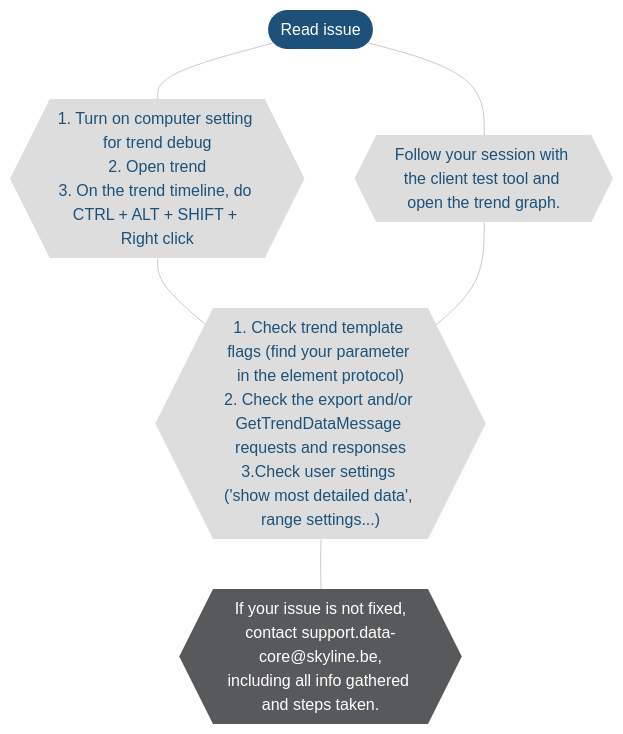
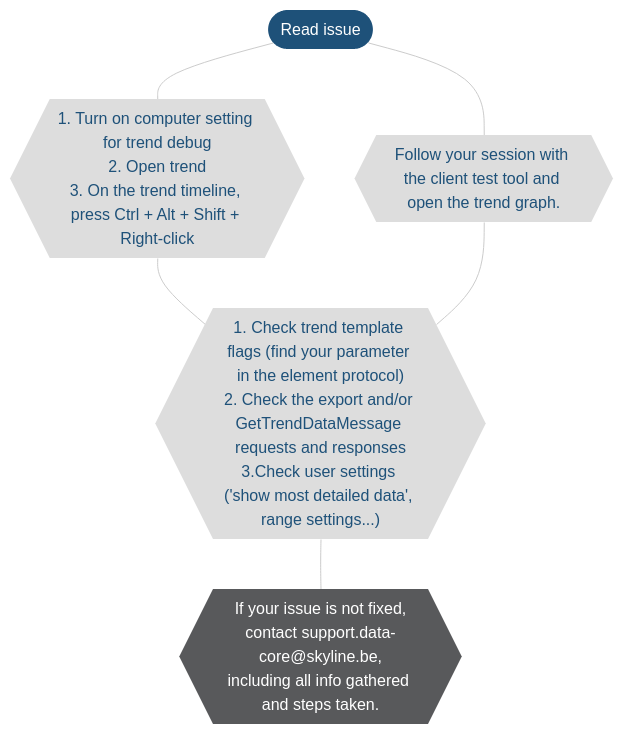
One commit to SkylineCommunications/dataminer-docs changed the second of 3 diagrams in user-guide/Troubleshooting/Troubleshooting_Flowcharts/Troubleshooting_Trending.md. Above: the diagram before and after it, drawn with Mermaid. The commit also changed 56 other files, not shown here.

````diff
--- a/user-guide/Troubleshooting/Troubleshooting_Flowcharts/Troubleshooting_Trending.md
+++ b/user-guide/Troubleshooting/Troubleshooting_Flowcharts/Troubleshooting_Trending.md
@@ -60,31 +60,31 @@
 ```mermaid
 flowchart TD
 %% Define styles %%
 linkStyle default stroke:#cccccc
 classDef classTerminal fill:#1e5179,stroke:#1e5179,color:#ffffff,stroke-width:0px;
 classDef classDecision fill:#4baeea,stroke:#4baeea,color:#ffffff,stroke-width:0px;
 classDef classExternalRef fill:#9ddaf5,stroke:#9ddaf5,color:#1E5179,stroke-width:0px;
 classDef classActionClickable fill:#999999,stroke:#999999,color:#ffffff,stroke-width:0px;
 classDef classAction fill:#dddddd,stroke:#dddddd,color:#1E5179,stroke-width:0px;
 classDef classSolution fill:#58595b,stroke:#58595b,color:#ffffff,stroke-width:0px;
 %% Define blocks %%
 ReadIssue([Read issue])
 FollowCTT{{Follow your session with the client test tool and open the trend graph.}}
-ClientExport{{1. Turn on computer setting for trend debug\n2. Open trend\n3. On the trend timeline, do CTRL + ALT + SHIFT + Right click}}
+ClientExport{{1. Turn on computer setting for trend debug\n2. Open trend\n3. On the trend timeline, press Ctrl + Alt + Shift + Right-click}}
 ReadIssueChecks{{"1. Check trend template flags (find your parameter in the element protocol)\n2. Check the export and/or GetTrendDataMessage requests and responses\n3.Check user settings ('show most detailed data', range settings...)"}}
 NotFixed{{"If your issue is not fixed,\ncontact support.data-core@skyline.be,\nincluding all info gathered and steps taken."}}
 %% Connect blocks %%
 ReadIssue --- FollowCTT
 ReadIssue --- ClientExport
 ClientExport --- ReadIssueChecks
 FollowCTT --- ReadIssueChecks
 ReadIssueChecks --- NotFixed
 %% Define hyperlinks %%
 %% Apply styles to blocks %%
 class ReadIssue classTerminal;
 class AlarmConsole,Surveyor,Apps,Trending classExternalRef;
 %%class classActionClickable;
 class GetDELT,TrendDataInspector,QueryDatabase,FollowCTT,ReadIssueChecks,ClientExport,WriteIssueActionLogging,WriteIssueActionDBXML,WriteIssueActionTrendTemplate,WriteIssueActionParameter classAction;
 class DataPresent classDecision;
 class NotFixed classSolution;
 ```
````
